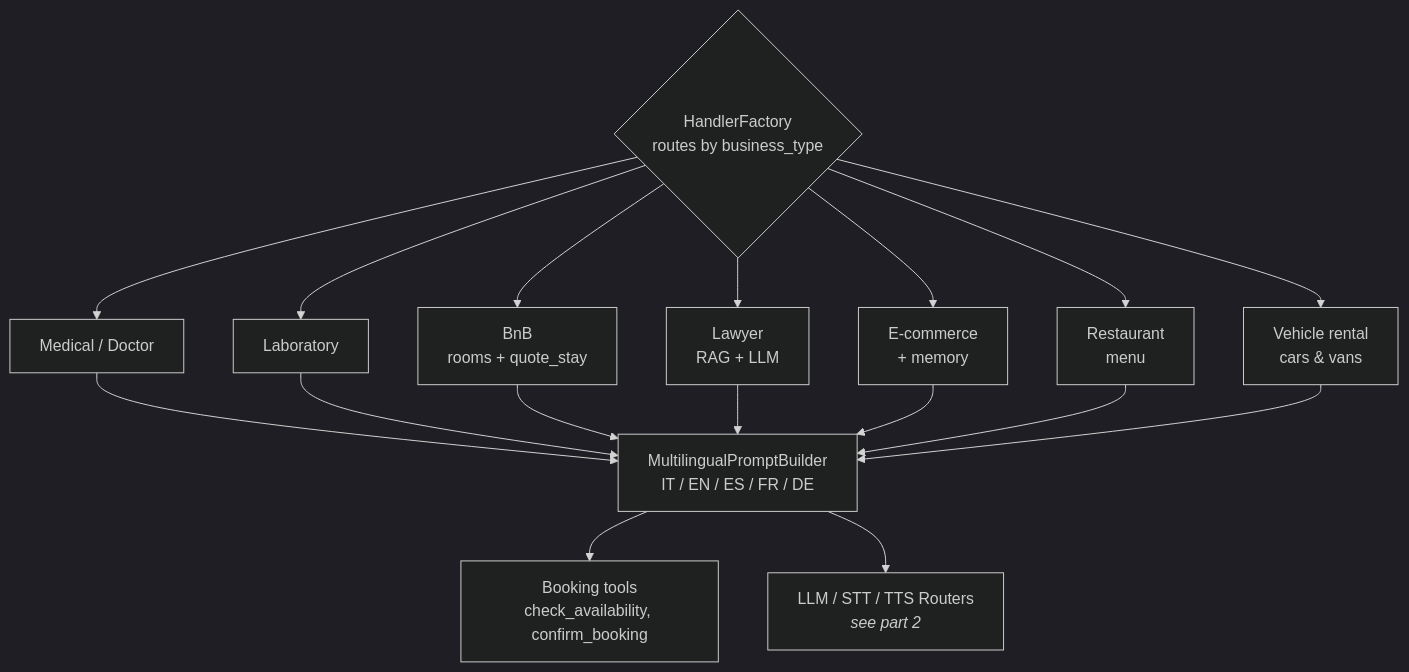
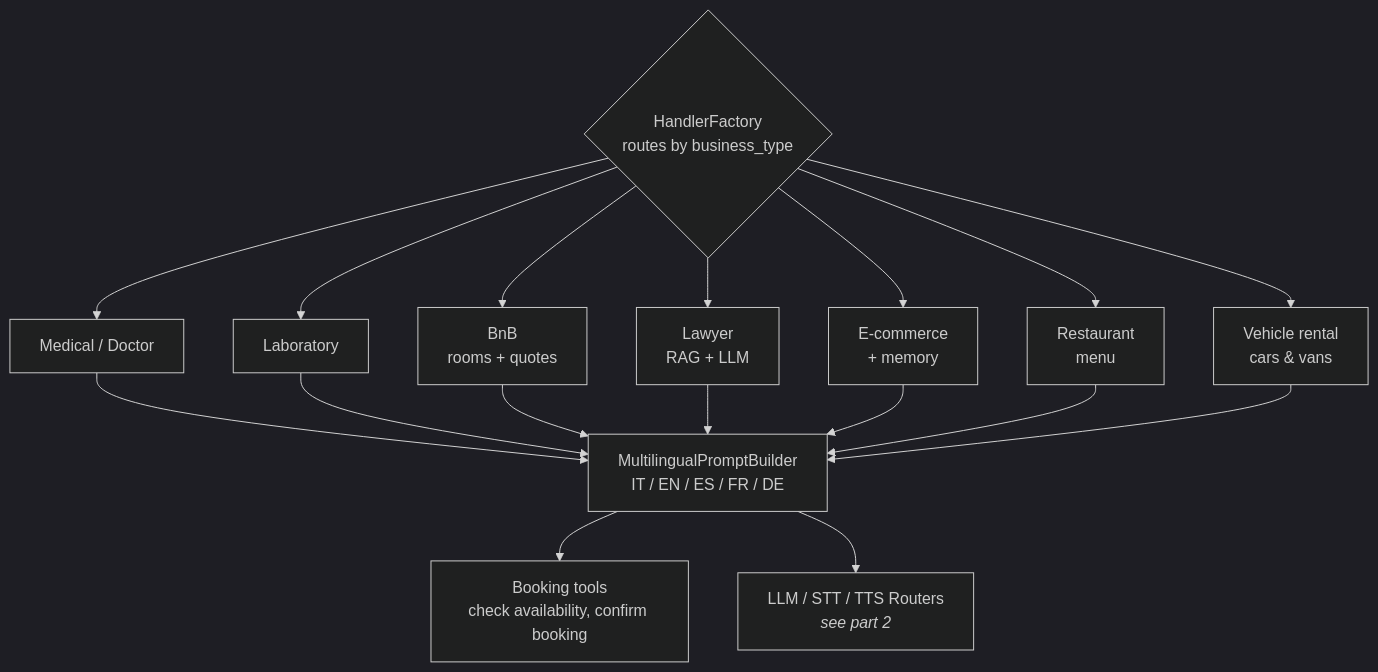
One commit to cloud-fullstack/architecture changed the second of 3 diagrams in README.md. Above: the diagram before and after it, drawn with Mermaid (dark theme). The commit also changed other lines of this file, not shown here.

````diff
--- a/README.md
+++ b/README.md
@@ -85,24 +86,24 @@
 ```mermaid
 graph TB
     HF{HandlerFactory<br/>routes by business_type}
 
     HF --> H1[Medical / Doctor]
     HF --> H2[Laboratory]
-    HF --> H3[BnB<br/>rooms + quote_stay]
+    HF --> H3[BnB<br/>rooms + quotes]
     HF --> H4[Lawyer<br/>RAG + LLM]
     HF --> H5[E-commerce<br/>+ memory]
     HF --> H6[Restaurant<br/>menu]
     HF --> H7[Vehicle rental<br/>cars & vans]
 
     H1 --> MPB
     H2 --> MPB
     H3 --> MPB
     H4 --> MPB
     H5 --> MPB
     H6 --> MPB
     H7 --> MPB
 
     MPB[MultilingualPromptBuilder<br/>IT / EN / ES / FR / DE]
-    MPB --> TOOLS[Booking tools<br/>check_availability, confirm_booking]
+    MPB --> TOOLS[Booking tools<br/>check availability, confirm booking]
     MPB --> ROUTERS[LLM / STT / TTS Routers<br/><i>see part 2</i>]
 ```
````
